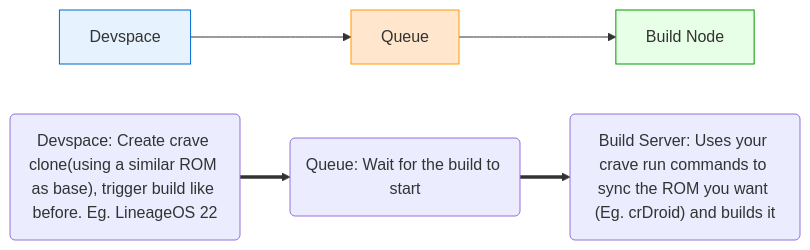
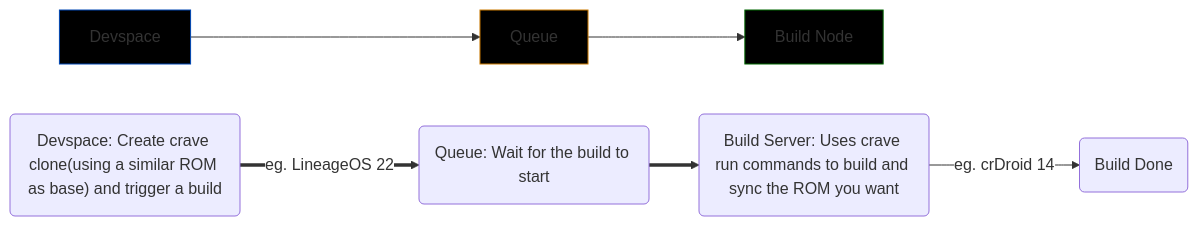
Before and after one commit to FOSSonTop/crave: the diagram in getting-started/unsupported-roms.md, drawn with Mermaid. The commit also changed 1 other file, not shown here.

Commit message:
Improve some diagrams

````diff
--- a/getting-started/unsupported-roms.md
+++ b/getting-started/unsupported-roms.md
@@ -16,17 +16,17 @@
 ```mermaid
 %%{init: {'themeVariables': { 'primaryColor': '#ffcccc', 'edgeLabelBackground':'#fff', 'tertiaryColor':'#ccffcc'}}}%%
 graph LR
     %% Diagram 1: Create crave clone -> start build
     A[Devspace] --> M
     M[Queue] --> N[Build Node]
     
-    style A fill:#e6f3ff,stroke:#0066cc
-    style M fill:#ffe6cc,stroke:#ff9900
-    style N fill:#e6ffe6,stroke:#009900
+    style A fill:#000000,stroke:#0047b3
+    style M fill:#000000,stroke:#cc7a00
+    style N fill:#000000,stroke:#006600
 
-    P("Devspace: Create crave clone(using a similar ROM as base), trigger build like before. Eg. LineageOS 22") 
+    P("Devspace: Create crave clone(using a similar ROM as base) and trigger a build") 
     Q("Queue: Wait for the build to start") 
-    R("Build Server: Uses your crave run commands to sync the ROM you want (Eg. crDroid) and builds it")
+    R("Build Server: Uses crave run commands to build and sync the ROM you want")
     
-    P ==> Q ==> R
-```
+    P ==> | eg. LineageOS 22|Q ==> R --> |eg. crDroid 14 | S(Build Done)
+  ```
````
